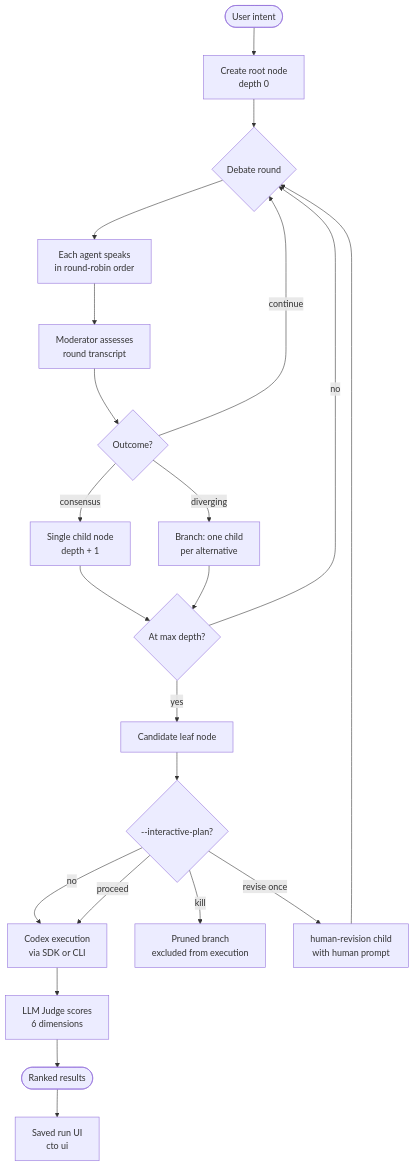
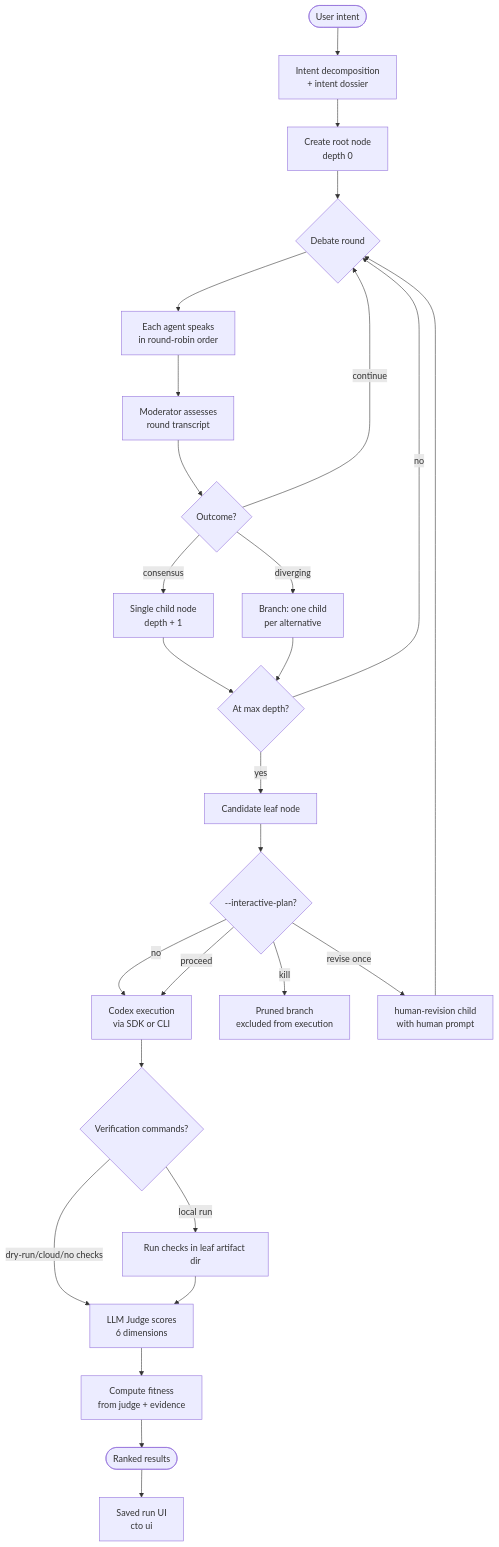
Before and after one commit to edward-sia/cto: the first of 6 diagrams in docs/architecture.md, drawn with Mermaid. The commit also changed other lines of this file and 1 other file, not shown here.

````diff
--- a/docs/architecture.md
+++ b/docs/architecture.md
@@ -37,24 +38,29 @@
 ```mermaid
 flowchart TD
-    A([User intent]) --> B[Create root node\ndepth 0]
+    A([User intent]) --> A1[Intent decomposition\n+ intent dossier]
+    A1 --> B[Create root node\ndepth 0]
     B --> C{Debate round}
     C --> D[Each agent speaks\nin round-robin order]
     D --> E[Moderator assesses\nround transcript]
     E --> F{Outcome?}
     F -- consensus --> G[Single child node\ndepth + 1]
     F -- continue --> C
     F -- diverging --> H[Branch: one child\nper alternative]
     G --> I{At max depth?}
     H --> I
     I -- no --> C
     I -- yes --> J[Candidate leaf node]
     J --> Gate{--interactive-plan?}
     Gate -- no --> K[Codex execution\nvia SDK or CLI]
     Gate -- proceed --> K
     Gate -- kill --> P[Pruned branch\nexcluded from execution]
     Gate -- revise once --> R[human-revision child\nwith human prompt]
     R --> C
-    K --> L[LLM Judge scores\n6 dimensions]
-    L --> M([Ranked results])
+    K --> V{Verification commands?}
+    V -- local run --> VC[Run checks in leaf artifact dir]
+    V -- dry-run/cloud/no checks --> L
+    VC --> L[LLM Judge scores\n6 dimensions]
+    L --> FS[Compute fitness\nfrom judge + evidence]
+    FS --> M([Ranked results])
     M --> N[Saved run UI\ncto ui]
 ```
````
